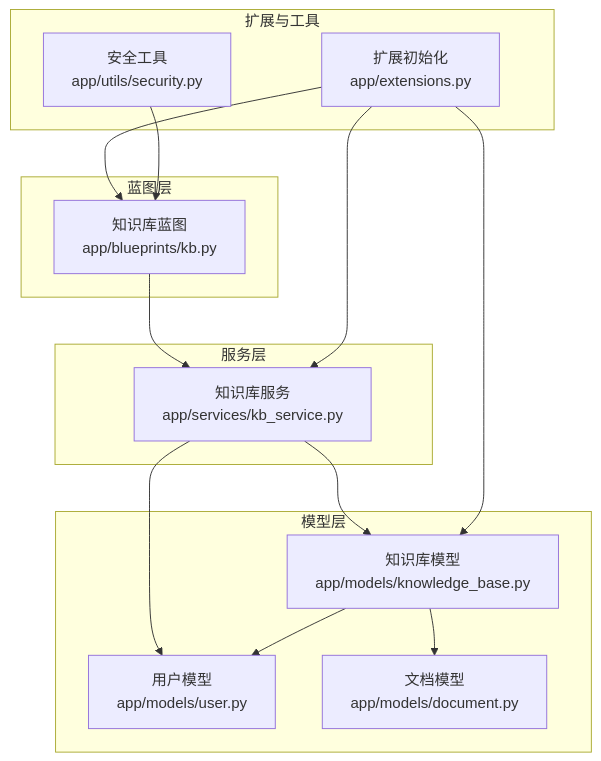
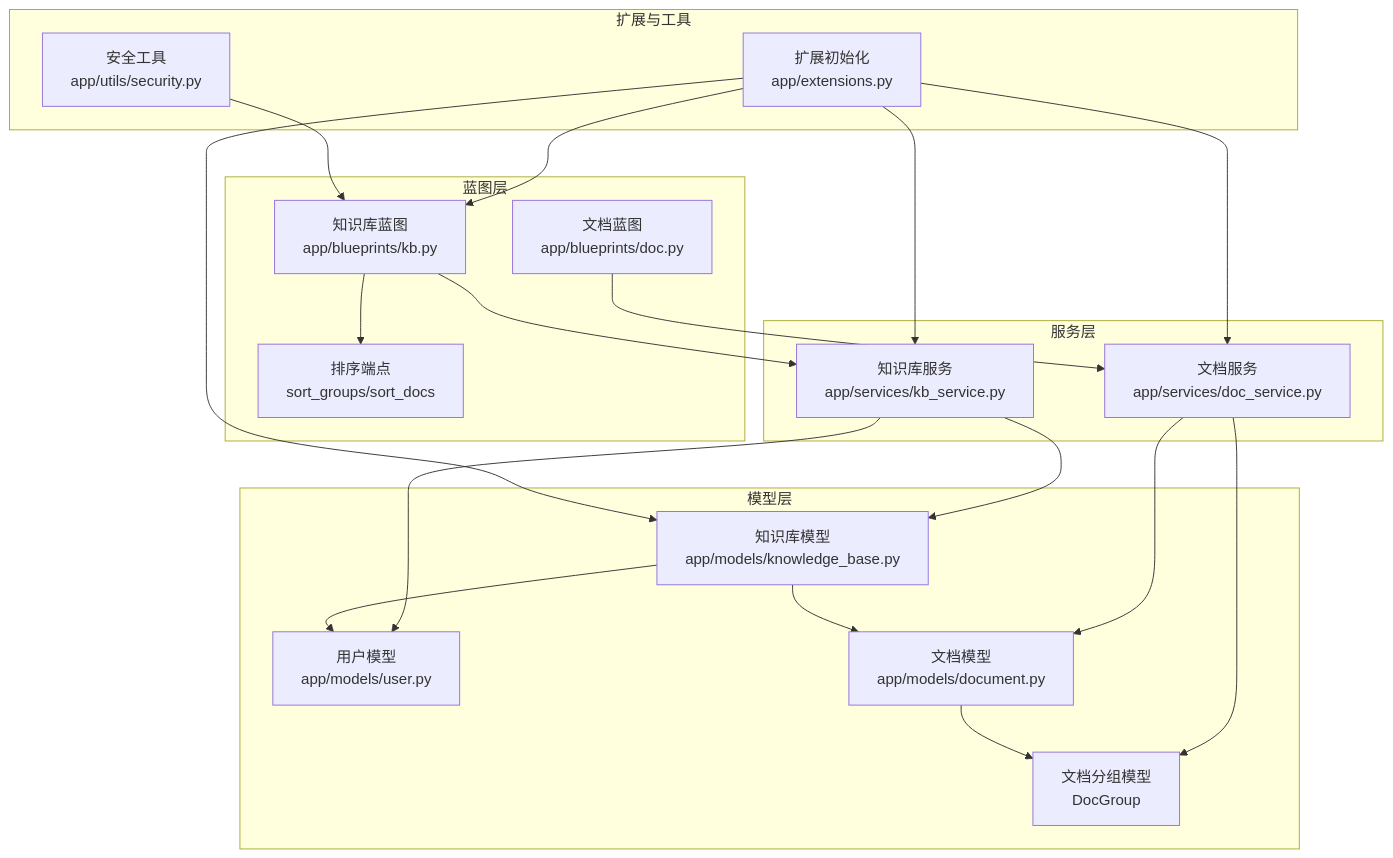
One commit to beyondalbert/my_wiki changed the first of 9 diagrams in .qoder/repowiki/zh/content/核心模块/知识库管理模块/知识库业务逻辑.md. Above: the diagram before and after it, drawn with Mermaid. The commit also changed other lines of this file and 6 other files, not shown here.

````diff
--- a/.qoder/repowiki/zh/content/核心模块/知识库管理模块/知识库业务逻辑.md
+++ b/.qoder/repowiki/zh/content/核心模块/知识库管理模块/知识库业务逻辑.md
@@ -37,27 +40,37 @@
 ```mermaid
 graph TB
 subgraph "蓝图层"
 KB["知识库蓝图<br/>app/blueprints/kb.py"]
+DOC["文档蓝图<br/>app/blueprints/doc.py"]
+ENDPOINTS["排序端点<br/>sort_groups/sort_docs"]
 end
 subgraph "服务层"
 KBS["知识库服务<br/>app/services/kb_service.py"]
+DOCS["文档服务<br/>app/services/doc_service.py"]
 end
 subgraph "模型层"
 KBM["知识库模型<br/>app/models/knowledge_base.py"]
 U["用户模型<br/>app/models/user.py"]
 D["文档模型<br/>app/models/document.py"]
+DG["文档分组模型<br/>DocGroup"]
 end
 subgraph "扩展与工具"
 EXT["扩展初始化<br/>app/extensions.py"]
 SEC["安全工具<br/>app/utils/security.py"]
 end
 KB --> KBS
+KB --> ENDPOINTS
+DOC --> DOCS
 KBS --> KBM
 KBS --> U
+DOCS --> D
+DOCS --> DG
 KBM --> U
 KBM --> D
+D --> DG
 EXT --> KB
 EXT --> KBS
+EXT --> DOCS
 EXT --> KBM
 SEC --> KB
 ```
````
